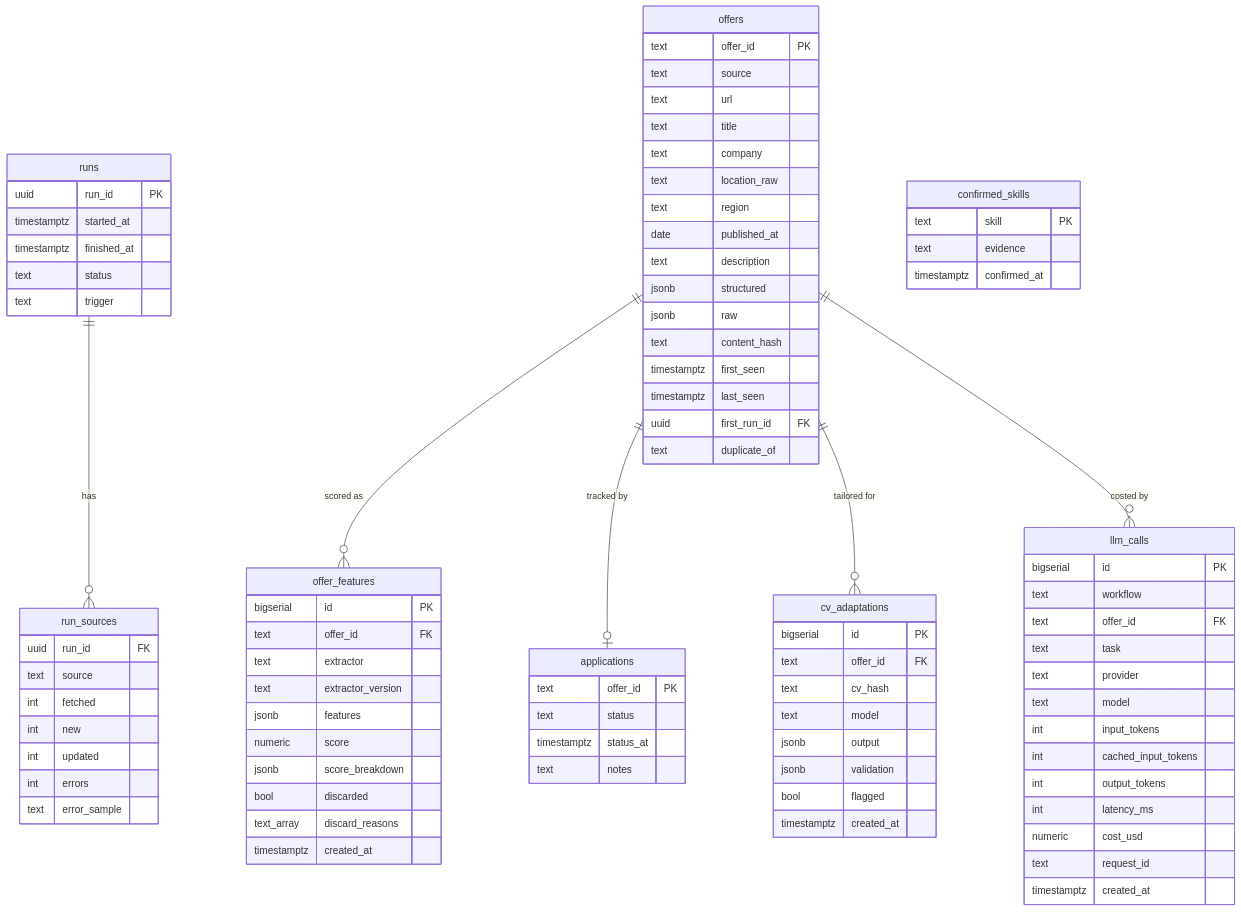
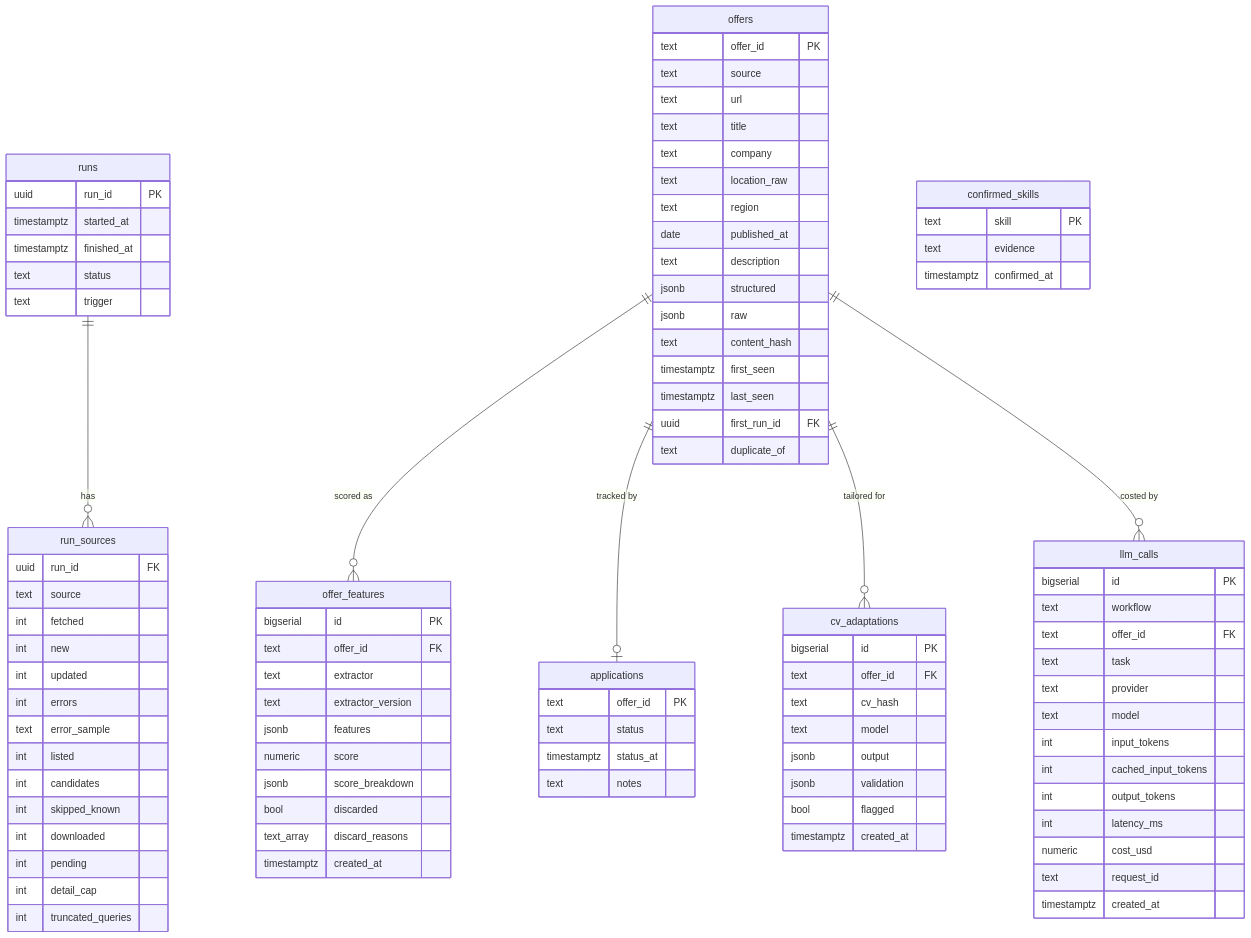
Before and after one commit to iramosv2000/n8n-job-matching-agent: the diagram in docs/data-model.md, drawn with Mermaid. The commit also changed other lines of this file and 11 other files, not shown here.

```diff
--- a/docs/data-model.md
+++ b/docs/data-model.md
@@ -27,6 +27,13 @@
         int updated
         int errors
         text error_sample
+        int listed
+        int candidates
+        int skipped_known
+        int downloaded
+        int pending
+        int detail_cap
+        int truncated_queries
     }
     offers {
         text offer_id PK
```
